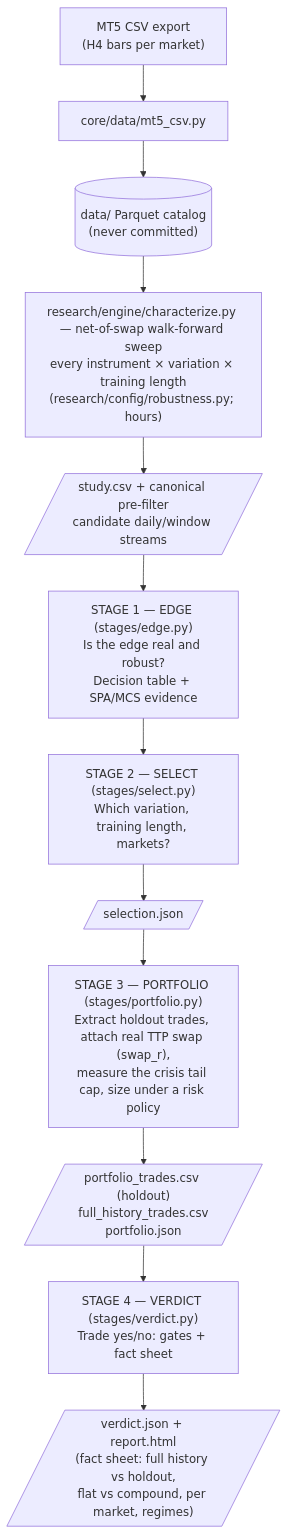
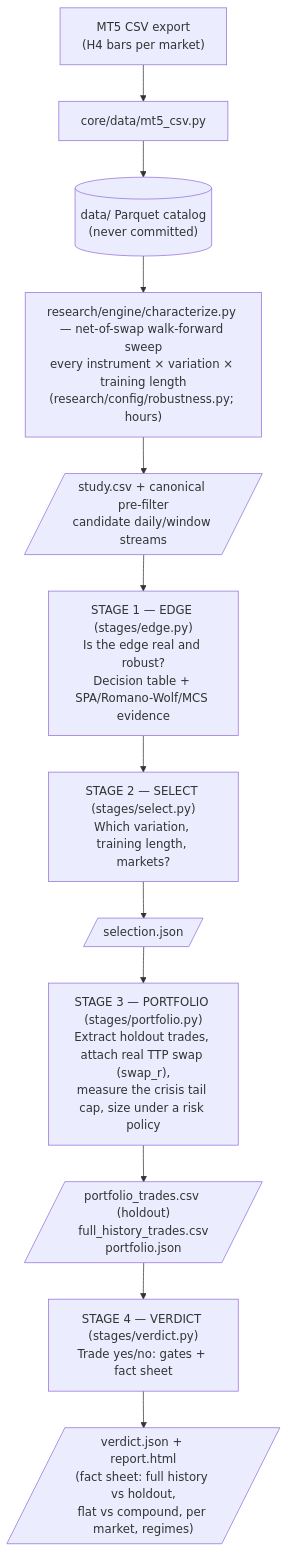
The second of 5 diagrams in docs/architecture.md (QPlus-Capital/trading-system), drawn with Mermaid before and after one commit. The commit also changed 1 other file, not shown here.

Commit message:
chore(research): reconcile P-06 and P-07 sidecars

````diff
--- a/docs/architecture.md
+++ b/docs/architecture.md
@@ -61,18 +61,18 @@
 ```mermaid
 flowchart TD
     CSV["MT5 CSV export<br/>(H4 bars per market)"] --> INGEST["core/data/mt5_csv.py"]
     INGEST --> CAT[("data/ Parquet catalog<br/>(never committed)")]
 
     CAT --> SWEEP["research/engine/characterize.py — net-of-swap walk-forward sweep<br/>every instrument × variation × training length<br/>(research/config/robustness.py; hours)"]
     SWEEP --> STUDY[/"study.csv + canonical pre-filter<br/>candidate daily/window streams"/]
 
-    STUDY --> S1["STAGE 1 — EDGE (stages/edge.py)<br/>Is the edge real and robust?<br/>Decision table + SPA/MCS evidence"]
+    STUDY --> S1["STAGE 1 — EDGE (stages/edge.py)<br/>Is the edge real and robust?<br/>Decision table + SPA/Romano-Wolf/MCS evidence"]
     S1 --> S2["STAGE 2 — SELECT (stages/select.py)<br/>Which variation, training length, markets?"]
     S2 --> SEL[/"selection.json"/]
 
     SEL --> S3["STAGE 3 — PORTFOLIO (stages/portfolio.py)<br/>Extract holdout trades, attach real TTP swap (swap_r),<br/>measure the crisis tail cap, size under a risk policy"]
     S3 --> PT[/"portfolio_trades.csv (holdout)<br/>full_history_trades.csv<br/>portfolio.json"/]
 
     PT --> S4["STAGE 4 — VERDICT (stages/verdict.py)<br/>Trade yes/no: gates + fact sheet"]
     S4 --> OUT[/"verdict.json + report.html<br/>(fact sheet: full history vs holdout,<br/>flat vs compound, per market, regimes)"/]
 ```
````
